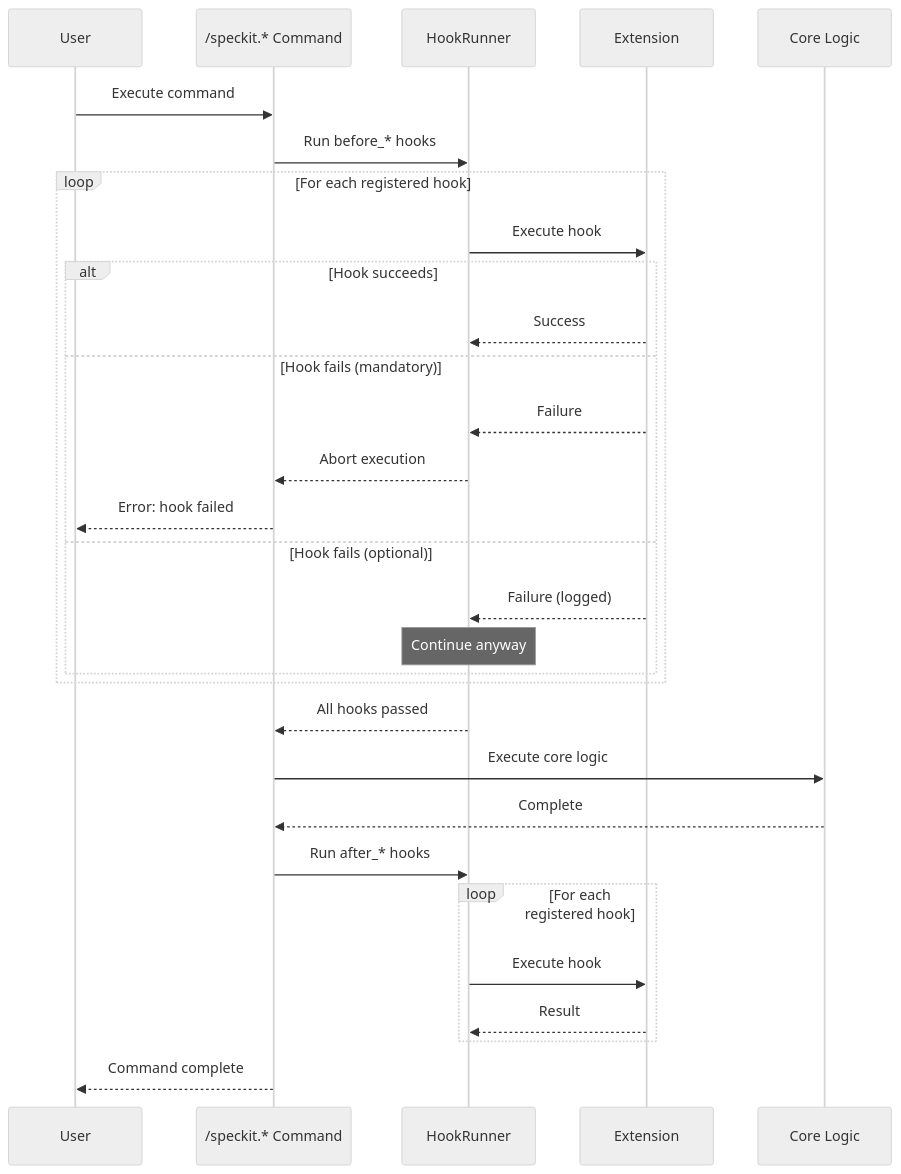
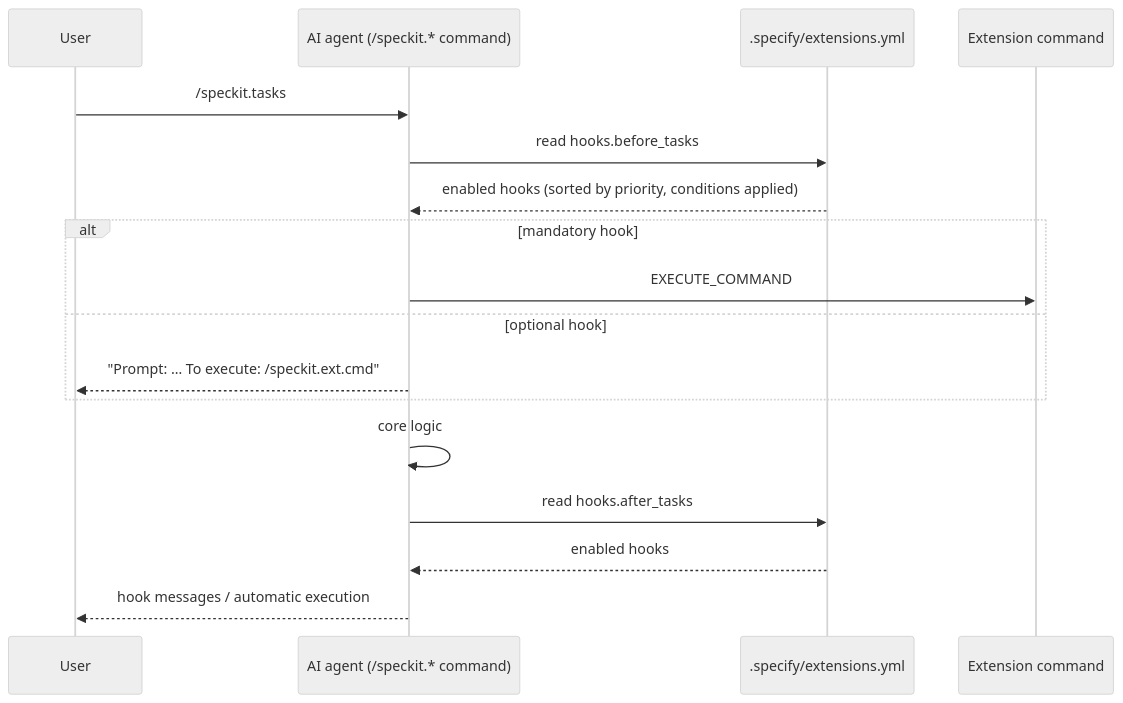
The diagram in docs/EXTENSION_HOOKS.md (oakoliver/specify-cli), drawn with Mermaid (neutral theme) before and after one commit. The commit also changed other lines of this file and 397 other files, not shown here.

````diff
--- a/docs/EXTENSION_HOOKS.md
+++ b/docs/EXTENSION_HOOKS.md
@@ -88,39 +55,20 @@
 ```mermaid
 sequenceDiagram
     participant User
-    participant Command as /speckit.* Command
-    participant HookRunner
-    participant Extension
-    participant Core as Core Logic
+    participant Agent as AI agent (/speckit.* command)
+    participant Config as .specify/extensions.yml
+    participant Ext as Extension command
 
-    User->>Command: Execute command
-    
-    Command->>HookRunner: Run before_* hooks
-    
-    loop For each registered hook
-        HookRunner->>Extension: Execute hook
-        alt Hook succeeds
-            Extension-->>HookRunner: Success
-        else Hook fails (mandatory)
-            Extension-->>HookRunner: Failure
-            HookRunner-->>Command: Abort execution
-            Command-->>User: Error: hook failed
-        else Hook fails (optional)
-            Extension-->>HookRunner: Failure (logged)
-            Note over HookRunner: Continue anyway
-        end
+    User->>Agent: /speckit.tasks
+    Agent->>Config: read hooks.before_tasks
+    Config-->>Agent: enabled hooks (sorted by priority, conditions applied)
+    alt mandatory hook
+        Agent->>Ext: EXECUTE_COMMAND
+    else optional hook
+        Agent-->>User: "Prompt: …  To execute: /speckit.ext.cmd"
     end
-    
-    HookRunner-->>Command: All hooks passed
-    Command->>Core: Execute core logic
-    Core-->>Command: Complete
-    
-    Command->>HookRunner: Run after_* hooks
-    
-    loop For each registered hook
-        HookRunner->>Extension: Execute hook
-        Extension-->>HookRunner: Result
-    end
-    
-    Command-->>User: Command complete
+    Agent->>Agent: core logic
+    Agent->>Config: read hooks.after_tasks
+    Config-->>Agent: enabled hooks
+    Agent-->>User: hook messages / automatic execution
 ```
````
